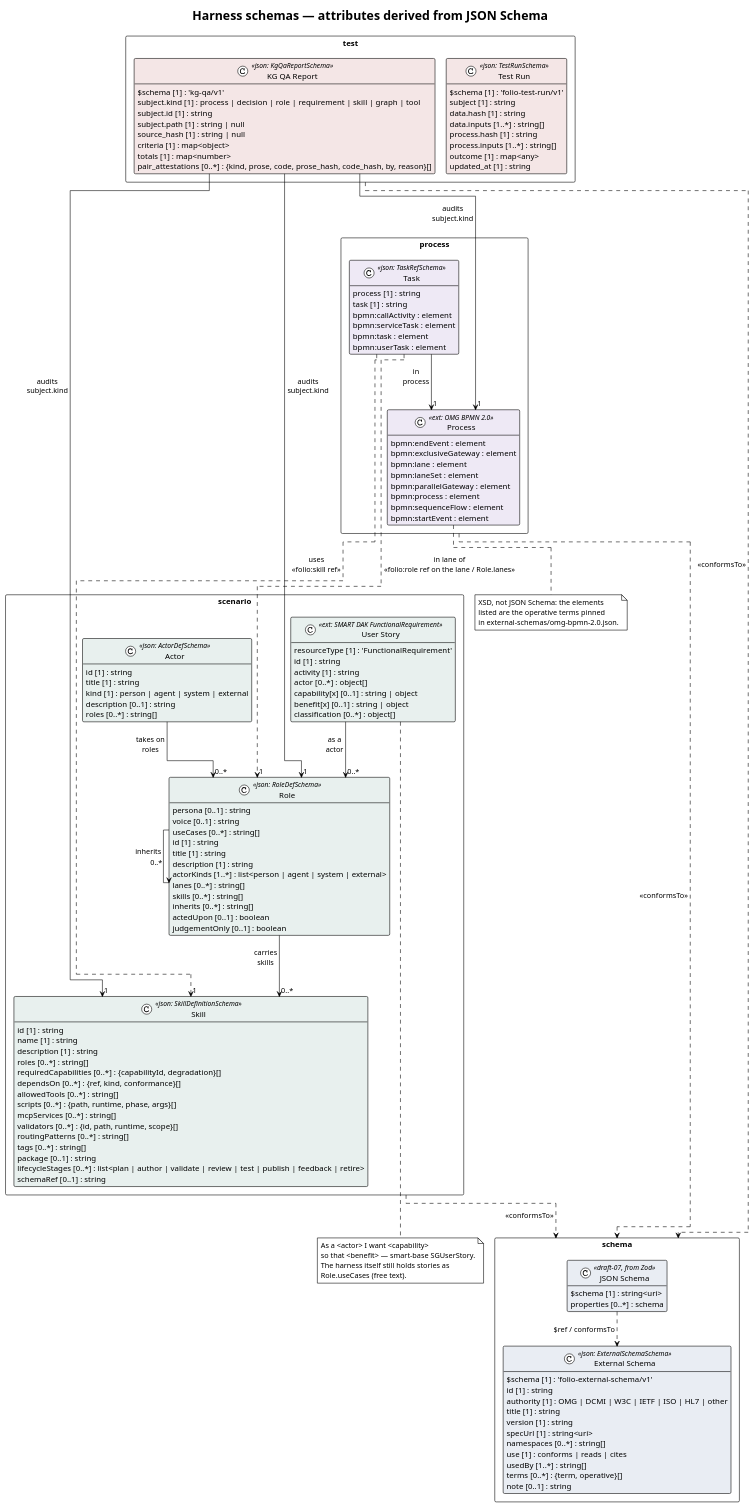
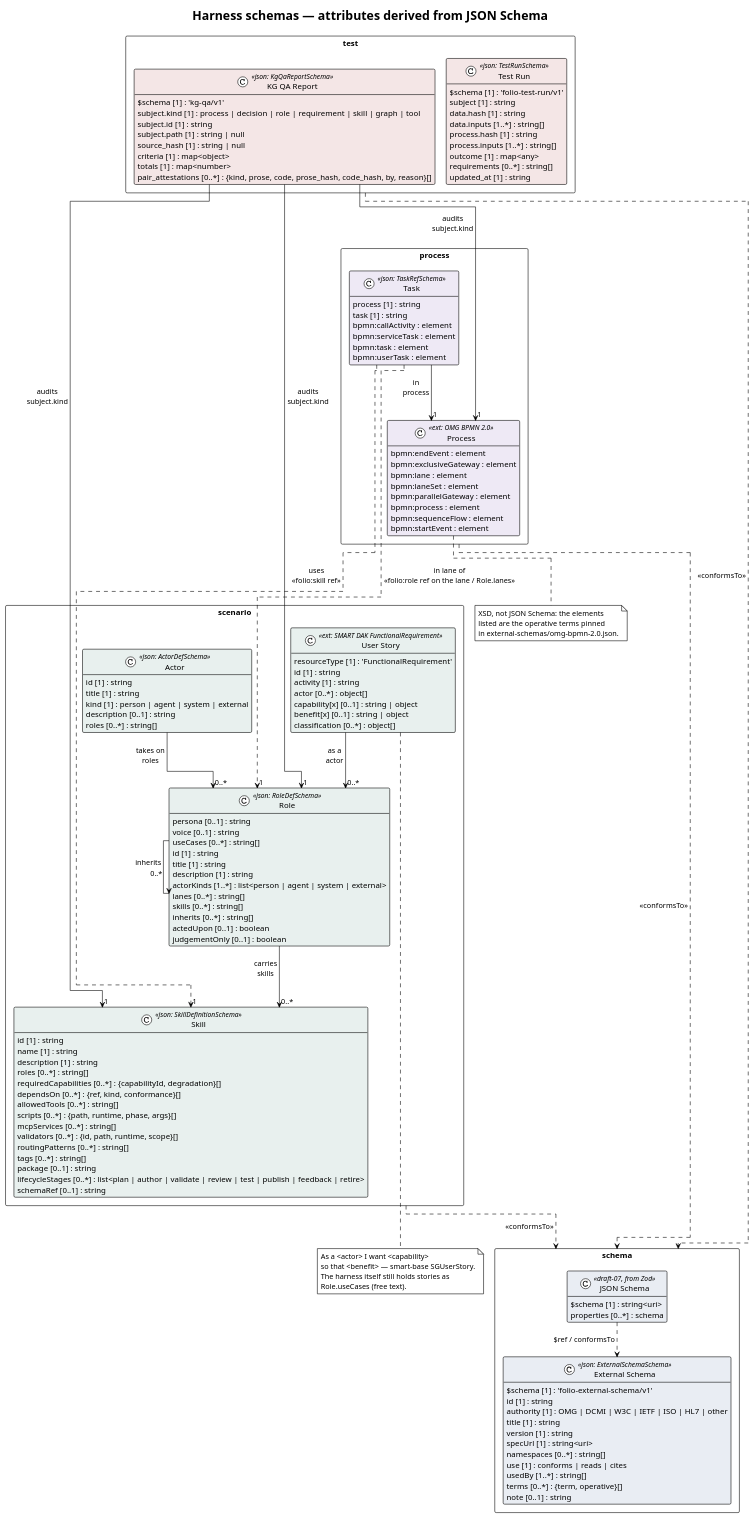
One commit to litlfred/folio-assistant changed the diagram in cat-harness/uml/harness-schemas.puml. Above: the diagram before and after it, drawn with PlantUML. The commit also changed 55 other files, not shown here.

```diff
--- a/cat-harness/uml/harness-schemas.puml
+++ b/cat-harness/uml/harness-schemas.puml
@@ -4,156 +4,157 @@
 @startuml harness-schemas
 ' ELK routes edges around class boxes; dot and smetana draw through them.
 !pragma layout elk
 skinparam nodesep 60
 skinparam ranksep 80
 !theme plain
 skinparam classAttributeIconSize 0
 skinparam shadowing false
 skinparam packageStyle rectangle
 skinparam stereotypeCBackgroundColor #FDFDFB
 hide empty methods
 
 title Harness schemas — attributes derived from JSON Schema
 
 package scenario {
   class "Actor" as Actor <<json: ActorDefSchema>> #e8f0ee {
     id [1] : string
     title [1] : string
     kind [1] : person | agent | system | external
     description [0..1] : string
     roles [0..*] : string[]
   }
   class "Role" as Role <<json: RoleDefSchema>> #e8f0ee {
     persona [0..1] : string
     voice [0..1] : string
     useCases [0..*] : string[]
     id [1] : string
     title [1] : string
     description [1] : string
     actorKinds [1..*] : list<person | agent | system | external>
     lanes [0..*] : string[]
     skills [0..*] : string[]
     inherits [0..*] : string[]
     actedUpon [0..1] : boolean
     judgementOnly [0..1] : boolean
   }
   class "Skill" as Skill <<json: SkillDefinitionSchema>> #e8f0ee {
     id [1] : string
     name [1] : string
     description [1] : string
     roles [0..*] : string[]
     requiredCapabilities [0..*] : {capabilityId, degradation}[]
     dependsOn [0..*] : {ref, kind, conformance}[]
     allowedTools [0..*] : string[]
     scripts [0..*] : {path, runtime, phase, args}[]
     mcpServices [0..*] : string[]
     validators [0..*] : {id, path, runtime, scope}[]
     routingPatterns [0..*] : string[]
     tags [0..*] : string[]
     package [0..1] : string
     lifecycleStages [0..*] : list<plan | author | validate | review | test | publish | feedback | retire>
     schemaRef [0..1] : string
   }
   class "User Story" as UserStory <<ext: SMART DAK FunctionalRequirement>> #e8f0ee {
     resourceType [1] : 'FunctionalRequirement'
     id [1] : string
     activity [1] : string
     actor [0..*] : object[]
     capability[x] [0..1] : string | object
     benefit[x] [0..1] : string | object
     classification [0..*] : object[]
   }
 }
 
 package process {
   class "Process" as Process <<ext: OMG BPMN 2.0>> #eee9f5 {
     bpmn:endEvent : element
     bpmn:exclusiveGateway : element
     bpmn:lane : element
     bpmn:laneSet : element
     bpmn:parallelGateway : element
     bpmn:process : element
     bpmn:sequenceFlow : element
     bpmn:startEvent : element
   }
   class "Task" as Task <<json: TaskRefSchema>> #eee9f5 {
     process [1] : string
     task [1] : string
     bpmn:callActivity : element
     bpmn:serviceTask : element
     bpmn:task : element
     bpmn:userTask : element
   }
 }
 
 package schema {
   class "External Schema" as ExternalSchema <<json: ExternalSchemaSchema>> #e9edf3 {
     $schema [1] : 'folio-external-schema/v1'
     id [1] : string
     authority [1] : OMG | DCMI | W3C | IETF | ISO | HL7 | other
     title [1] : string
     version [1] : string
     specUrl [1] : string<uri>
     namespaces [0..*] : string[]
     use [1] : conforms | reads | cites
     usedBy [1..*] : string[]
     terms [0..*] : {term, operative}[]
     note [0..1] : string
   }
   class "JSON Schema" as JsonSchema <<draft-07, from Zod>> #e9edf3 {
     $schema [1] : string<uri>
     properties [0..*] : schema
   }
   JsonSchema ..> ExternalSchema : $ref / conformsTo
 }
 
 package test {
   class "Test Run" as TestRun <<json: TestRunSchema>> #f4e6e6 {
     $schema [1] : 'folio-test-run/v1'
     subject [1] : string
     data.hash [1] : string
     data.inputs [1..*] : string[]
     process.hash [1] : string
     process.inputs [1..*] : string[]
     outcome [1] : map<any>
+    requirements [0..*] : string[]
     updated_at [1] : string
   }
   class "KG QA Report" as KgQaReport <<json: KgQaReportSchema>> #f4e6e6 {
     $schema [1] : 'kg-qa/v1'
     subject.kind [1] : process | decision | role | requirement | skill | graph | tool
     subject.id [1] : string
     subject.path [1] : string | null
     source_hash [1] : string | null
     criteria [1] : map<object>
     totals [1] : map<number>
     pair_attestations [0..*] : {kind, prose, code, prose_hash, code_hash, by, reason}[]
   }
 }
 
 note bottom of UserStory
   As a <actor> I want <capability>
   so that <benefit> — smart-base SGUserStory.
   The harness itself still holds stories as
   Role.useCases (free text).
 end note
 note bottom of Process
   XSD, not JSON Schema: the elements
   listed are the operative terms pinned
   in external-schemas/omg-bpmn-2.0.json.
 end note
 
 Actor --> "0..*" Role : takes on\nroles
 Role --> "0..*" Role : inherits
 Role --> "0..*" Skill : carries\nskills
 UserStory --> "0..*" Role : as a\nactor
 Task --> "1" Process : in\nprocess
 Task ..> "1" Role : in lane of\n«folio:role ref on the lane / Role.lanes»
 Task ..> "1" Skill : uses\n«folio:skill ref»
 KgQaReport --> "1" Role : audits\nsubject.kind
 KgQaReport --> "1" Process : audits\nsubject.kind
 KgQaReport --> "1" Skill : audits\nsubject.kind
 
 scenario ..> schema : <<conformsTo>>
 process ..> schema : <<conformsTo>>
 test ..> schema : <<conformsTo>>
 @enduml
```
